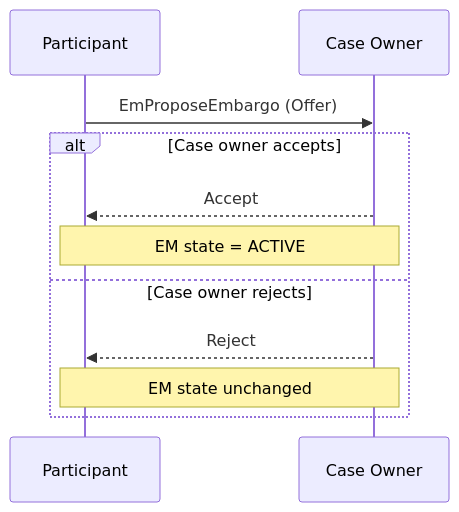
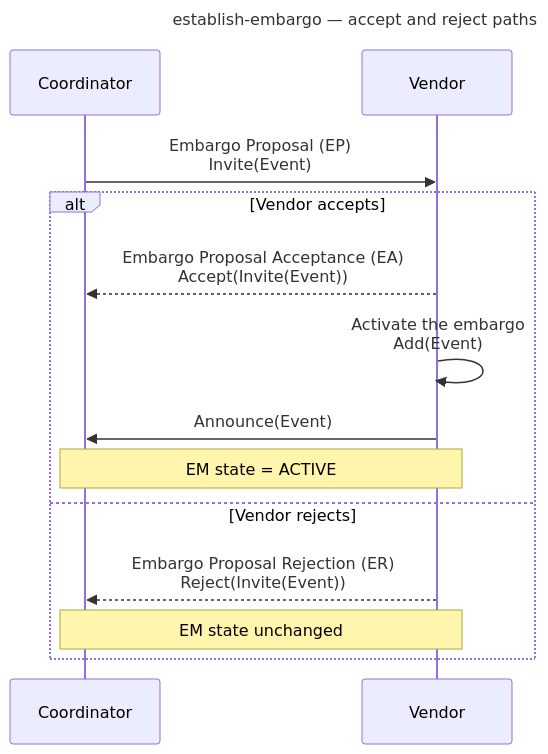
Before and after one commit to CERTCC/Vultron: the fifth of 8 diagrams in docs/tutorials/other_demos.md, drawn with Mermaid. The commit also changed other lines of this file and 24 other files, not shown here.

````diff
--- a/docs/tutorials/other_demos.md
+++ b/docs/tutorials/other_demos.md
@@ -243,14 +236,19 @@
 ```mermaid
+---
+title: establish-embargo — accept and reject paths
+---
 sequenceDiagram
-    participant P as Participant
-    participant O as Case Owner
+    participant C as Coordinator
+    participant V as Vendor
 
-    P->>O: EmProposeEmbargo (Offer)
-    alt Case owner accepts
-        O-->>P: Accept
-        Note over P,O: EM state = ACTIVE
-    else Case owner rejects
-        O-->>P: Reject
-        Note over P,O: EM state unchanged
+    C->>V: Embargo Proposal (EP)<br/>Invite(Event)
+    alt Vendor accepts
+        V-->>C: Embargo Proposal Acceptance (EA)<br/>Accept(Invite(Event))
+        V->>V: Activate the embargo<br/>Add(Event)
+        V->>C: Announce(Event)
+        Note over C,V: EM state = ACTIVE
+    else Vendor rejects
+        V-->>C: Embargo Proposal Rejection (ER)<br/>Reject(Invite(Event))
+        Note over C,V: EM state unchanged
     end
 ```
````
